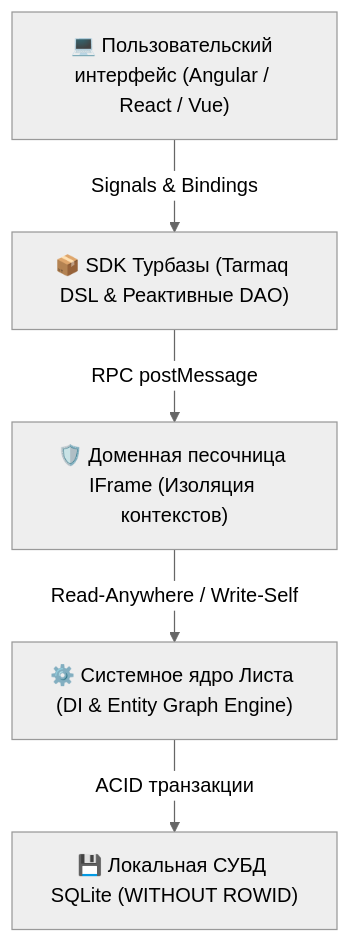
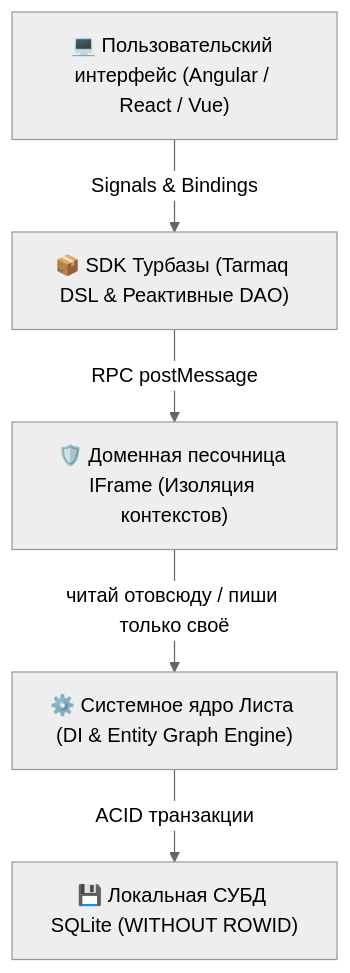
The first of 9 diagrams in architecture_presentations/03_app_framework_and_sdk/docs/presentation_deck.md (Data-Independence-Network/presentations), drawn with Mermaid (neutral theme) before and after one commit. The commit also changed other lines of this file and 88 other files, not shown here.

```diff
--- a/architecture_presentations/03_app_framework_and_sdk/docs/presentation_deck.md
+++ b/architecture_presentations/03_app_framework_and_sdk/docs/presentation_deck.md
@@ -25,13 +25,13 @@
         <div class="mermaid">
 graph TD
     UI["💻 Пользовательский интерфейс (Angular / React / Vue)"]
     SDK["📦 SDK Турбазы (Tarmaq DSL & Реактивные DAO)"]
     Sand["🛡️ Доменная песочница IFrame (Изоляция контекстов)"]
     Core["⚙️ Системное ядро Листа (DI & Entity Graph Engine)"]
     DB["💾 Локальная СУБД SQLite (WITHOUT ROWID)"]
 
     UI -->|Signals & Bindings| SDK
     SDK -->|RPC postMessage| Sand
-    Sand -->|Read-Anywhere / Write-Self| Core
+    Sand -->|читай отовсюду / пиши только своё| Core
     Core -->|ACID транзакции| DB
         </div>
```
